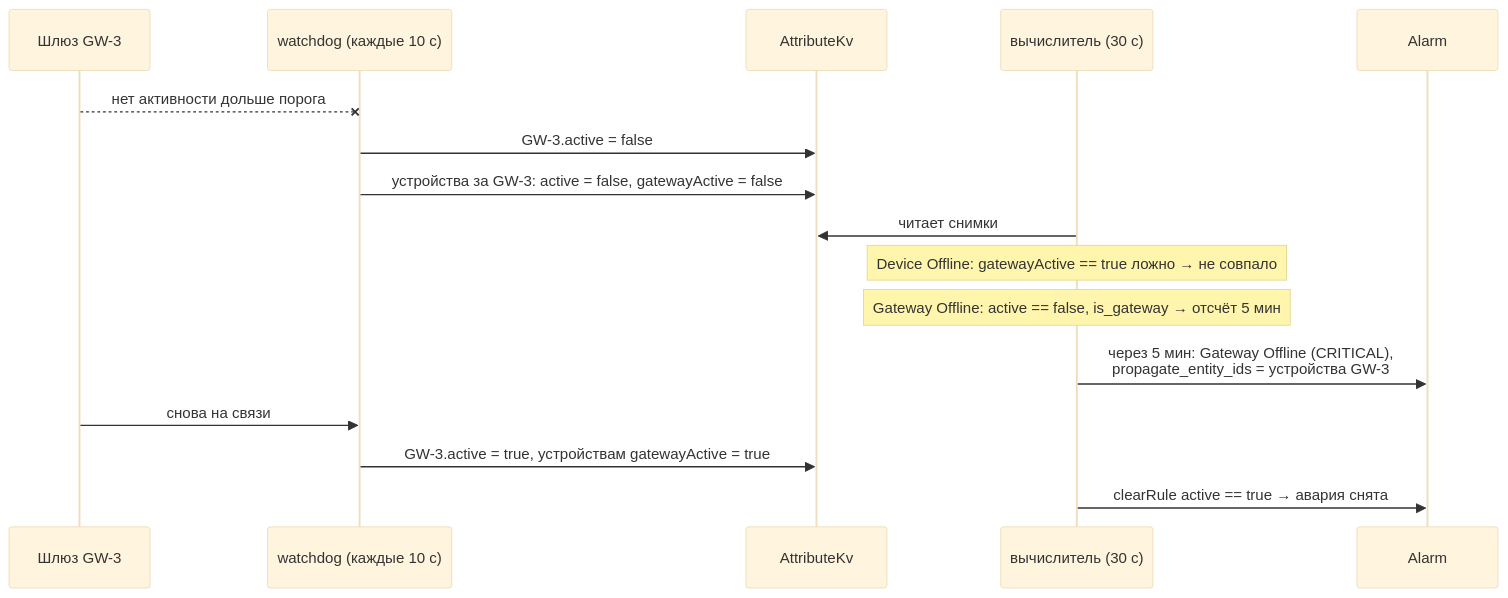
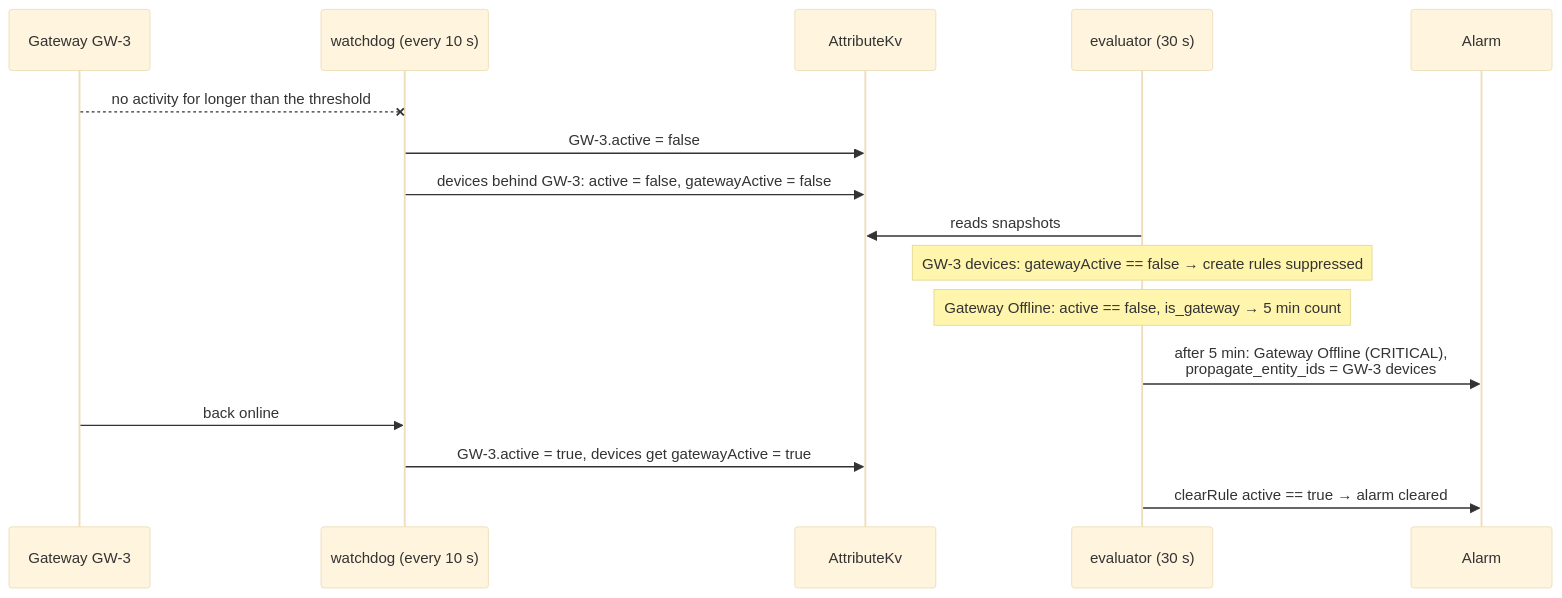
The second of 2 diagrams in docs/alarms.md (bt-roomio/GRMS), drawn with Mermaid (base theme) before and after one commit. The commit also changed other lines of this file and 8 other files, not shown here.

First line of the commit message:
feat(alarms): suppress create rules behind a dead gateway

````diff
--- a/docs/alarms.md
+++ b/docs/alarms.md
@@ -905,18 +912,18 @@
 ```mermaid
 sequenceDiagram
-    participant GW as Шлюз GW-3
-    participant WD as watchdog (каждые 10 с)
+    participant GW as Gateway GW-3
+    participant WD as watchdog (every 10 s)
     participant ATTR as AttributeKv
-    participant EV as вычислитель (30 с)
+    participant EV as evaluator (30 s)
     participant AL as Alarm
-    GW--xWD: нет активности дольше порога
+    GW--xWD: no activity for longer than the threshold
     WD->>ATTR: GW-3.active = false
-    WD->>ATTR: устройства за GW-3: active = false, gatewayActive = false
-    EV->>ATTR: читает снимки
-    Note over EV: Device Offline: gatewayActive == true ложно → не совпало
-    Note over EV: Gateway Offline: active == false, is_gateway → отсчёт 5 мин
-    EV->>AL: через 5 мин: Gateway Offline (CRITICAL),<br/>propagate_entity_ids = устройства GW-3
-    GW->>WD: снова на связи
-    WD->>ATTR: GW-3.active = true, устройствам gatewayActive = true
-    EV->>AL: clearRule active == true → авария снята
+    WD->>ATTR: devices behind GW-3: active = false, gatewayActive = false
+    EV->>ATTR: reads snapshots
+    Note over EV: GW-3 devices: gatewayActive == false → create rules suppressed
+    Note over EV: Gateway Offline: active == false, is_gateway → 5 min count
+    EV->>AL: after 5 min: Gateway Offline (CRITICAL),<br/>propagate_entity_ids = GW-3 devices
+    GW->>WD: back online
+    WD->>ATTR: GW-3.active = true, devices get gatewayActive = true
+    EV->>AL: clearRule active == true → alarm cleared
 ```
````
